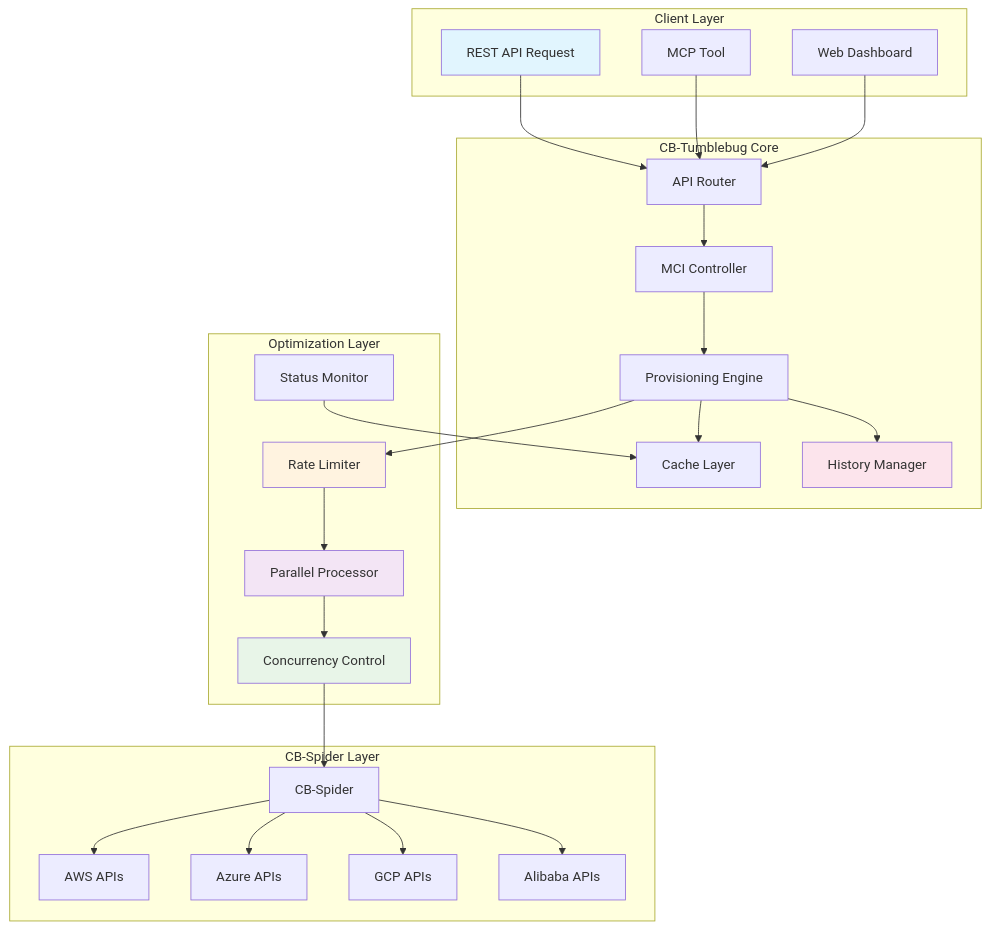
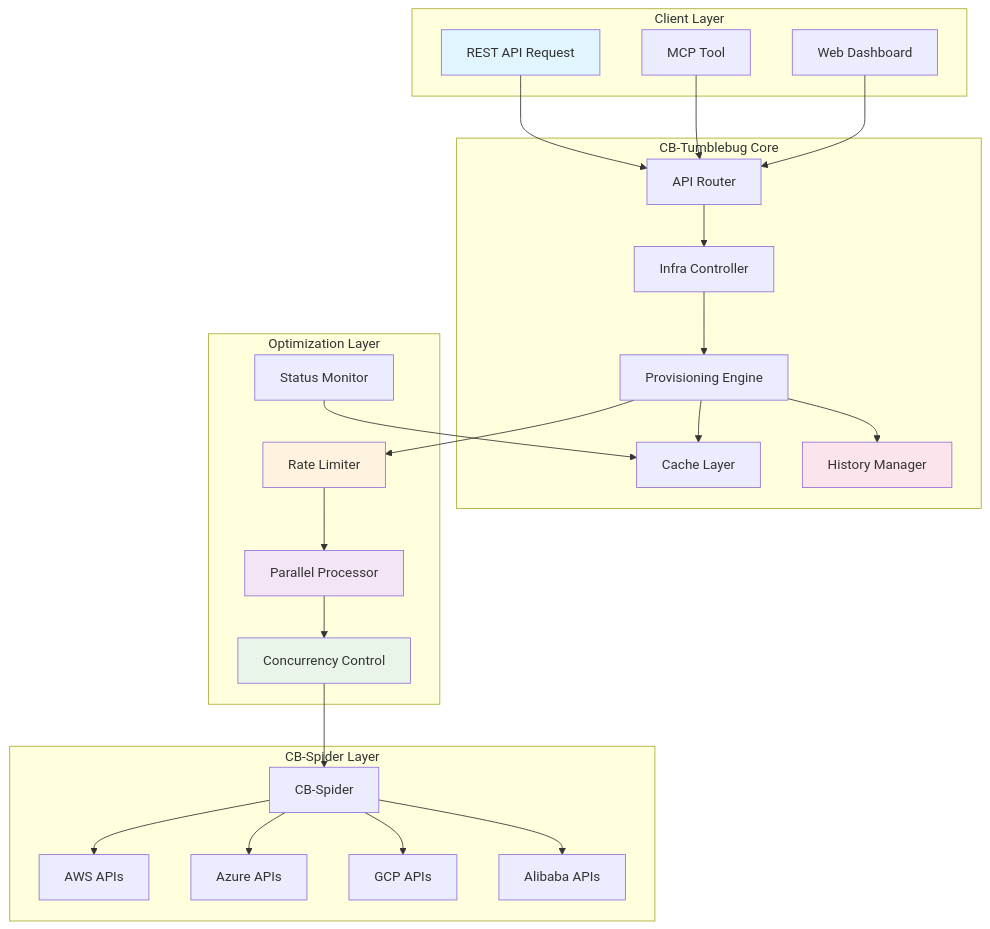
The first of 9 diagrams in docs/feature_guide/high-scale-provisioning-architecture.md (cloud-barista/cb-tumblebug), drawn with Mermaid before and after one commit. The commit also changed other lines of this file and 197 other files, not shown here.

````diff
--- a/docs/feature_guide/high-scale-provisioning-architecture.md
+++ b/docs/feature_guide/high-scale-provisioning-architecture.md
@@ -9,57 +9,57 @@
 ```mermaid
 graph TB
     subgraph "Client Layer"
         API[REST API Request]
         MCP[MCP Tool]
         WEB[Web Dashboard]
     end
     
     subgraph "CB-Tumblebug Core"
         ROUTER[API Router]
-        CTRL[MCI Controller]
+        CTRL[Infra Controller]
         PROV[Provisioning Engine]
         CACHE[Cache Layer]
         HIST[History Manager]
     end
     
     subgraph "Optimization Layer"
         RATE[Rate Limiter]
         PARALLEL[Parallel Processor]
         MUTEX[Concurrency Control]
         MONITOR[Status Monitor]
     end
     
     subgraph "CB-Spider Layer"
         SPIDER[CB-Spider]
         CSP1[AWS APIs]
         CSP2[Azure APIs]
         CSP3[GCP APIs]
         CSP4[Alibaba APIs]
     end
     
     API --> ROUTER
     MCP --> ROUTER
     WEB --> ROUTER
     
     ROUTER --> CTRL
     CTRL --> PROV
     PROV --> RATE
     RATE --> PARALLEL
     PARALLEL --> MUTEX
     MUTEX --> SPIDER
     
     PROV --> CACHE
     PROV --> HIST
     MONITOR --> CACHE
     
     SPIDER --> CSP1
     SPIDER --> CSP2
     SPIDER --> CSP3
     SPIDER --> CSP4
     
     style API fill:#e1f5fe
     style RATE fill:#fff3e0
     style PARALLEL fill:#f3e5f5
     style MUTEX fill:#e8f5e8
     style HIST fill:#fce4ec
 ```
````
